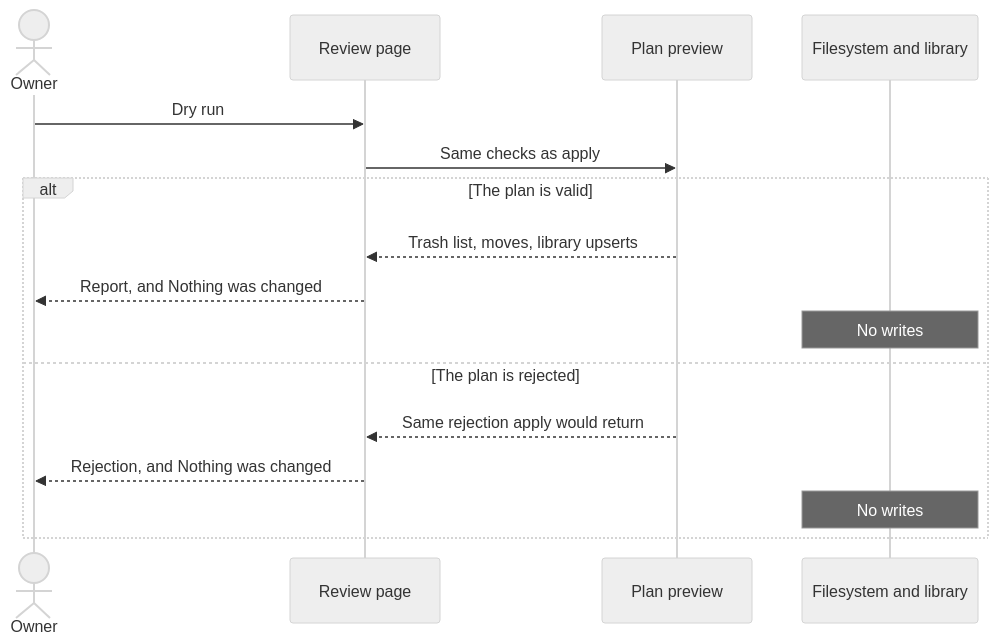
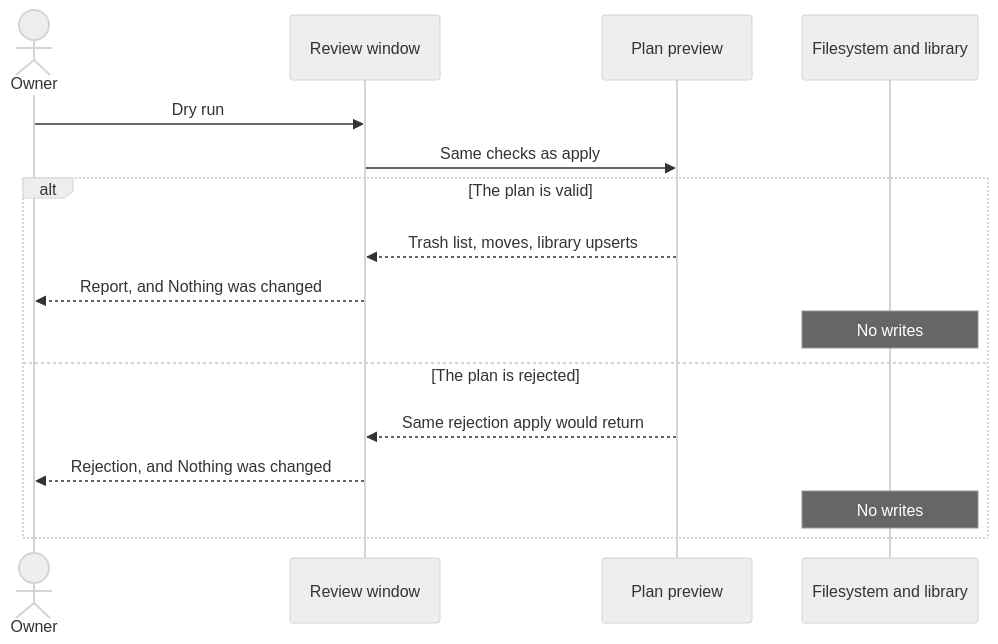
Before and after one commit to cionz0/hdsort: the eighth of 8 diagrams in docs/use-cases.md, drawn with Mermaid (neutral theme). The commit also changed other lines of this file and 27 other files, not shown here.

Commit message:
Open a native review window so a scan can show its progress.

````diff
--- a/docs/use-cases.md
+++ b/docs/use-cases.md
@@ -190,18 +190,18 @@
 ```mermaid
 sequenceDiagram
   actor Owner
-  participant Page as Review page
+  participant Window as Review window
   participant Plan as Plan preview
   participant Disk as Filesystem and library
-  Owner->>Page: Dry run
-  Page->>Plan: Same checks as apply
+  Owner->>Window: Dry run
+  Window->>Plan: Same checks as apply
   alt The plan is valid
-    Plan-->>Page: Trash list, moves, library upserts
-    Page-->>Owner: Report, and Nothing was changed
+    Plan-->>Window: Trash list, moves, library upserts
+    Window-->>Owner: Report, and Nothing was changed
     Note over Disk: No writes
   else The plan is rejected
-    Plan-->>Page: Same rejection apply would return
-    Page-->>Owner: Rejection, and Nothing was changed
+    Plan-->>Window: Same rejection apply would return
+    Window-->>Owner: Rejection, and Nothing was changed
     Note over Disk: No writes
   end
 ```
````
